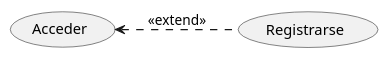
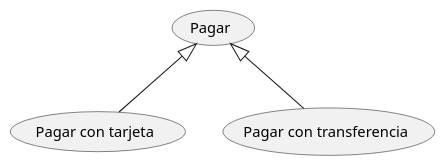
The diagram in casosdeusoI.puml (sandrasd89/CasosDeUsoI), drawn with PlantUML before and after one commit.

Commit message:
creado pagar

```diff
--- a/casosdeusoI.puml
+++ b/casosdeusoI.puml
@@ -1,10 +1,7 @@
 @startuml
 
-
-left to right direction
-
-
-(Acceder) <.. (Registrarse): <<extend>>
+(Pagar) <|-- (Pagar con tarjeta)
+(Pagar) <|-- (Pagar con transferencia)
 
 
 @enduml
```
